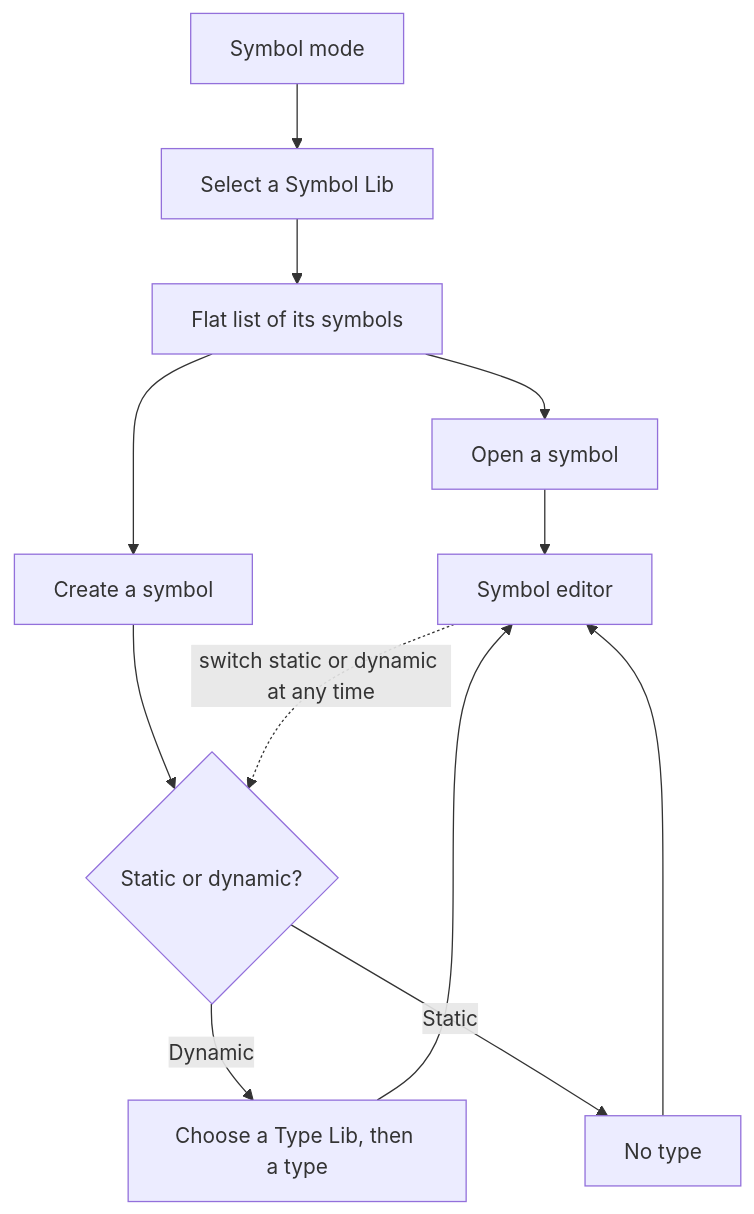
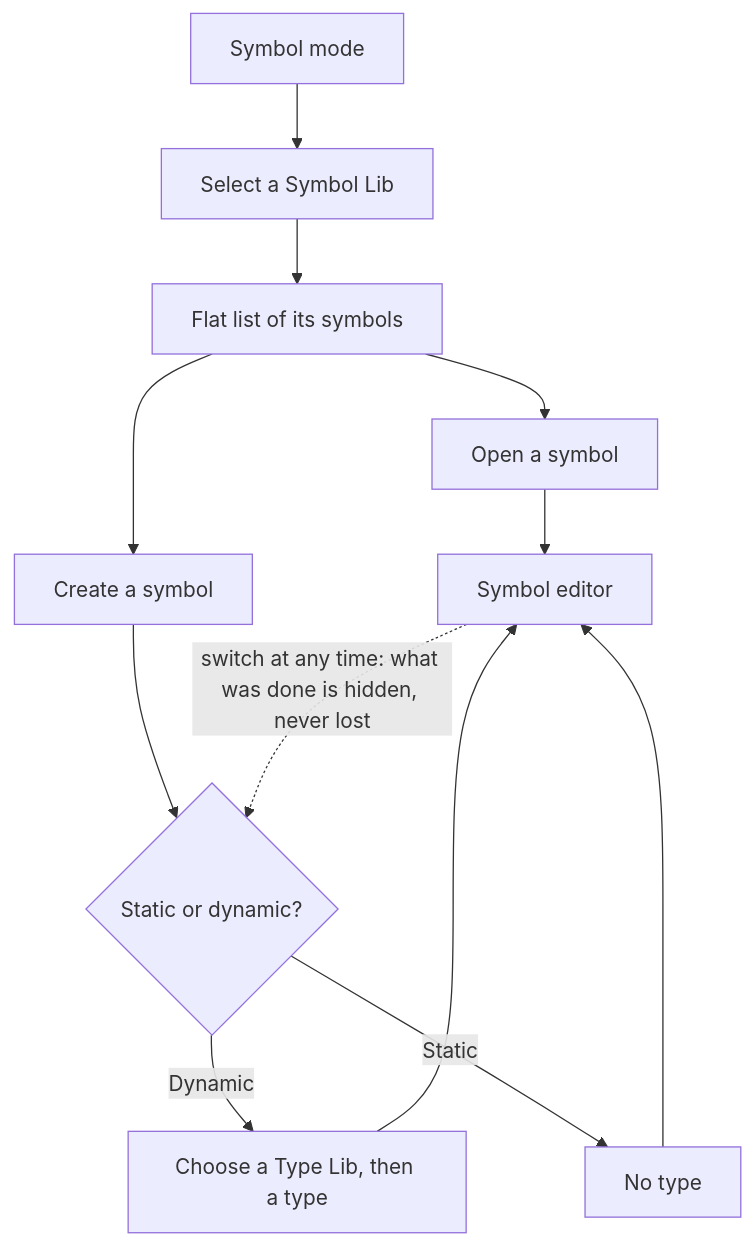
One commit to AlexandreGallais/synoptic-studio-spec changed the diagram in symbols/01-libraries-and-symbols.md. Above: the diagram before and after it, drawn with Mermaid. The commit also changed other lines of this file and 2 other files, not shown here.

First line of the commit message:
docs(symbols): keep hidden work when a symbol turns static

````diff
--- a/symbols/01-libraries-and-symbols.md
+++ b/symbols/01-libraries-and-symbols.md
@@ -24,14 +26,14 @@
 ```mermaid
 flowchart TD
     A["Symbol mode"] --> B["Select a Symbol Lib"]
     B --> C["Flat list of its symbols"]
     C --> D["Open a symbol"]
     C --> E["Create a symbol"]
     E --> K{"Static or dynamic?"}
     K -- "Dynamic" --> F["Choose a Type Lib, then a type"]
     K -- "Static" --> H["No type"]
     F --> G["Symbol editor"]
     H --> G
     D --> G
-    G -.->|"switch static or dynamic at any time"| K
+    G -.->|"switch at any time: what was done is hidden, never lost"| K
 ```
````
